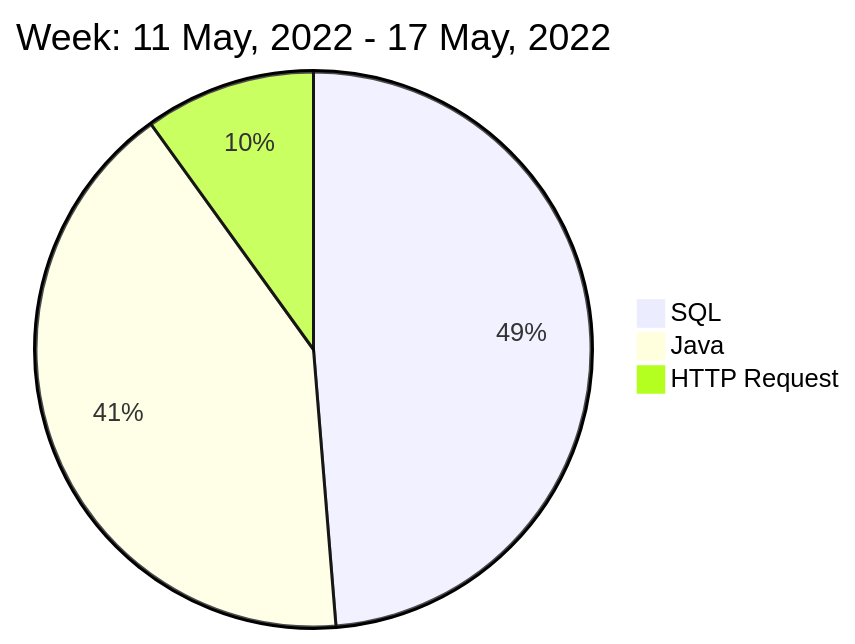
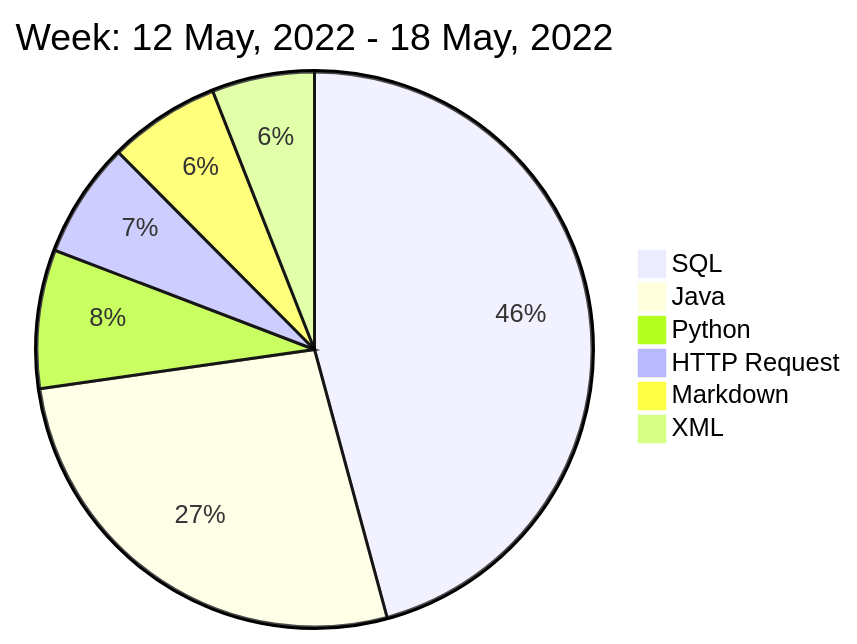
The diagram in README.md (liubin95/liubin95), drawn with Mermaid before and after one commit.

Commit message:
Updated the Graph with new Metrics

````diff
--- a/README.md
+++ b/README.md
@@ -40,7 +40,10 @@
 ```mermaid
  pie
-title Week: 11 May, 2022 - 17 May, 2022
- "SQL" : 6.22
+title Week: 12 May, 2022 - 18 May, 2022
+ "SQL" : 8.97
  "Java" : 5.28
- "HTTP Request" : 1.27
+ "Python" : 1.58
+ "HTTP Request" : 1.32
+ "Markdown" : 1.27
+ "XML" : 1.17
 ```
````
